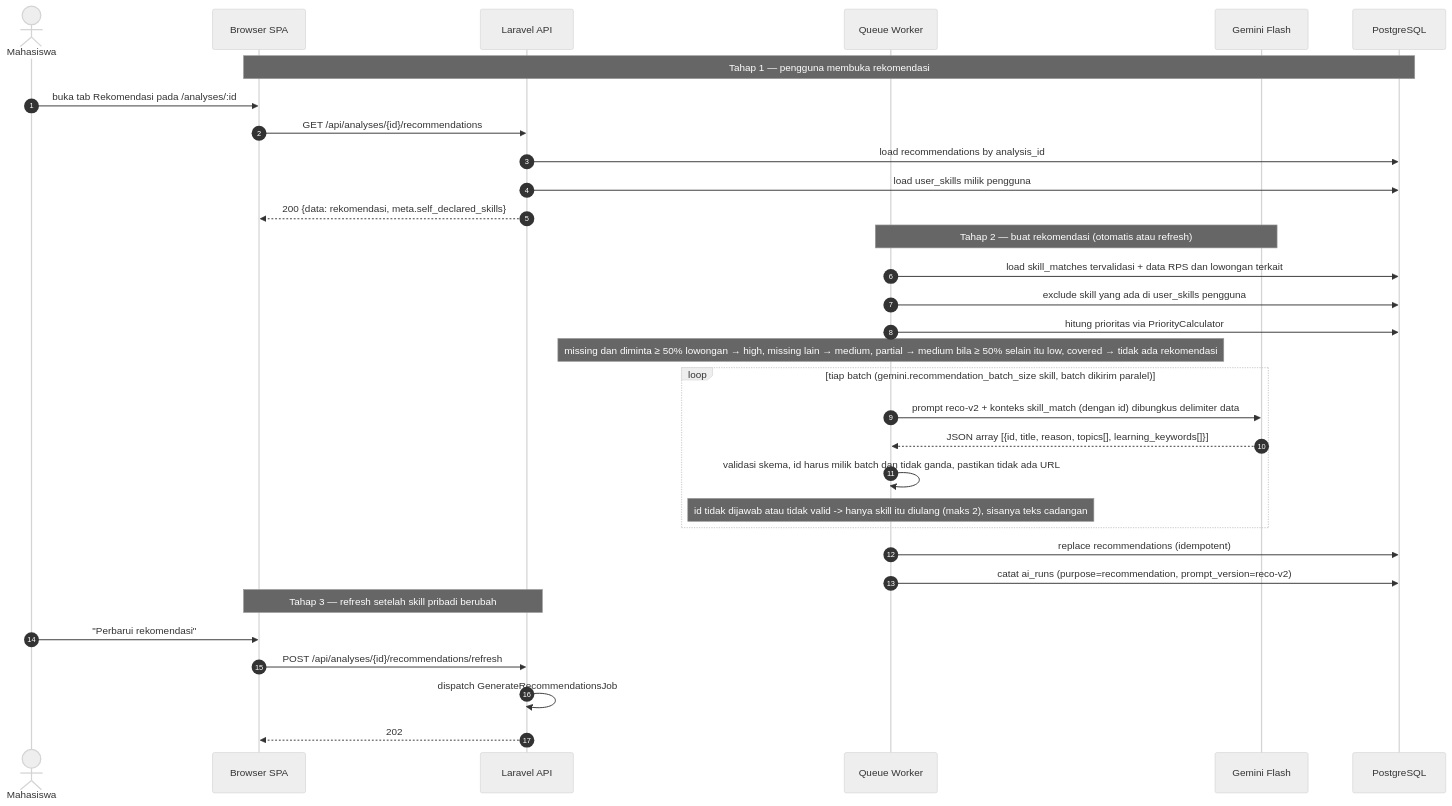
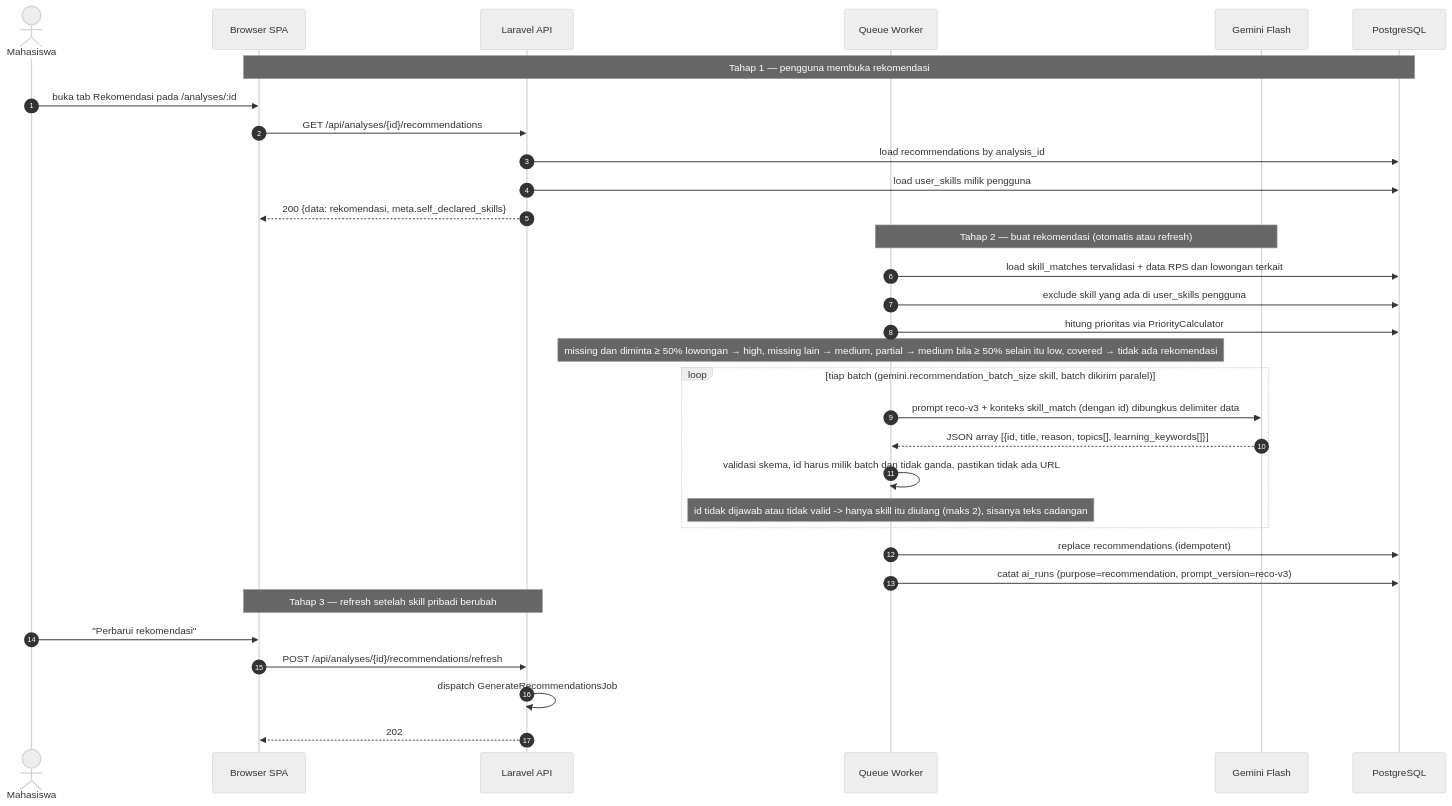
Before and after one commit to ar-elfahmi/SkillBridge: the diagram in docs/diagrams/09-recommendations.md, drawn with Mermaid (neutral theme). The commit also changed other lines of this file and 4 other files, not shown here.

First line of the commit message:
feat(recommendation): prompt reco-v3 dengan judul Pelajari {skill} dan teks Indonesia (REQ-C-008)

````diff
--- a/docs/diagrams/09-recommendations.md
+++ b/docs/diagrams/09-recommendations.md
@@ -15,37 +15,37 @@
 ```mermaid
 sequenceDiagram
     autonumber
     actor M as Mahasiswa
     participant FE as Browser SPA
     participant API as Laravel API
     participant QW as Queue Worker
     participant GF as Gemini Flash
     participant DB as PostgreSQL
 
     Note over FE,DB: Tahap 1 — pengguna membuka rekomendasi
     M->>FE: buka tab Rekomendasi pada /analyses/:id
     FE->>API: GET /api/analyses/{id}/recommendations
     API->>DB: load recommendations by analysis_id
     API->>DB: load user_skills milik pengguna
     API-->>FE: 200 {data: rekomendasi, meta.self_declared_skills}
 
     Note over QW,GF: Tahap 2 — buat rekomendasi (otomatis atau refresh)
     QW->>DB: load skill_matches tervalidasi + data RPS dan lowongan terkait
     QW->>DB: exclude skill yang ada di user_skills pengguna
     QW->>DB: hitung prioritas via PriorityCalculator
     Note over QW: missing dan diminta ≥ 50% lowongan → high, missing lain → medium, partial → medium bila ≥ 50% selain itu low, covered → tidak ada rekomendasi
     loop tiap batch (gemini.recommendation_batch_size skill, batch dikirim paralel)
-        QW->>GF: prompt reco-v2 + konteks skill_match (dengan id) dibungkus delimiter data
+        QW->>GF: prompt reco-v3 + konteks skill_match (dengan id) dibungkus delimiter data
         GF-->>QW: JSON array [{id, title, reason, topics[], learning_keywords[]}]
         QW->>QW: validasi skema, id harus milik batch dan tidak ganda, pastikan tidak ada URL
         Note over QW: id tidak dijawab atau tidak valid -> hanya skill itu diulang (maks 2), sisanya teks cadangan
     end
     QW->>DB: replace recommendations (idempotent)
-    QW->>DB: catat ai_runs (purpose=recommendation, prompt_version=reco-v2)
+    QW->>DB: catat ai_runs (purpose=recommendation, prompt_version=reco-v3)
 
     Note over FE,API: Tahap 3 — refresh setelah skill pribadi berubah
     M->>FE: "Perbarui rekomendasi"
     FE->>API: POST /api/analyses/{id}/recommendations/refresh
     API->>API: dispatch GenerateRecommendationsJob
     API-->>FE: 202
 ```
````
